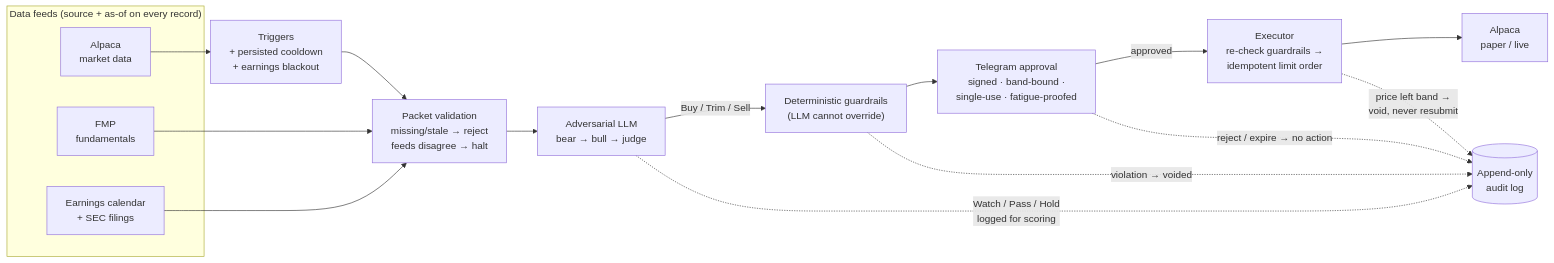
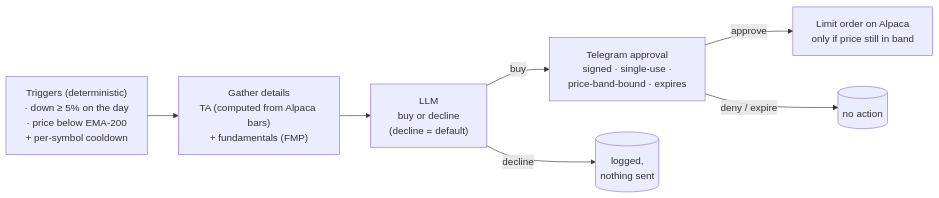
The diagram in README.md (krishna-sunkavalli/smartcapital), drawn with Mermaid before and after one commit. The commit also changed other lines of this file and 65 other files, not shown here.

````diff
--- a/README.md
+++ b/README.md
@@ -20,25 +10,16 @@
 ```mermaid
 flowchart LR
-    subgraph FEEDS["Data feeds (source + as-of on every record)"]
-        ALP["Alpaca<br/>market data"]
-        FMP["FMP<br/>fundamentals"]
-        EVT["Earnings calendar<br/>+ SEC filings"]
-    end
-    TRIG["Triggers<br/>+ persisted cooldown<br/>+ earnings blackout"]
-    PKT["Packet validation<br/>missing/stale → reject<br/>feeds disagree → halt"]
-    LLM["Adversarial LLM<br/>bear → bull → judge"]
-    GUARD["Deterministic guardrails<br/>(LLM cannot override)"]
-    TG["Telegram approval<br/>signed · band-bound ·<br/>single-use · fatigue-proofed"]
-    EXEC["Executor<br/>re-check guardrails →<br/>idempotent limit order"]
-    BROKER["Alpaca<br/>paper / live"]
-    AUDIT[("Append-only<br/>audit log")]
+    T["Triggers (deterministic)<br/>· down ≥ 5% on the day<br/>· price below EMA-200<br/>+ per-symbol cooldown"]
+    D["Gather details<br/>TA (computed from Alpaca bars)<br/>+ fundamentals (FMP)"]
+    L["LLM<br/>buy or decline<br/>(decline = default)"]
+    A["Telegram approval<br/>signed · single-use ·<br/>price-band-bound · expires"]
+    O["Limit order on Alpaca<br/>only if price still in band"]
+    LOGD[("logged,<br/>nothing sent")]
+    LOGN[("no action")]
 
-    ALP --> TRIG --> PKT --> LLM
-    FMP --> PKT
-    EVT --> PKT
-    LLM -->|Buy / Trim / Sell| GUARD --> TG -->|approved| EXEC --> BROKER
-    LLM -.->|"Watch / Pass / Hold<br/>logged for scoring"| AUDIT
-    GUARD -.->|violation → voided| AUDIT
-    TG -.->|reject / expire → no action| AUDIT
-    EXEC -.->|"price left band →<br/>void, never resubmit"| AUDIT
+    T --> D --> L
+    L -->|buy| A
+    L -->|decline| LOGD
+    A -->|approve| O
+    A -->|deny / expire| LOGN
 ```
````
